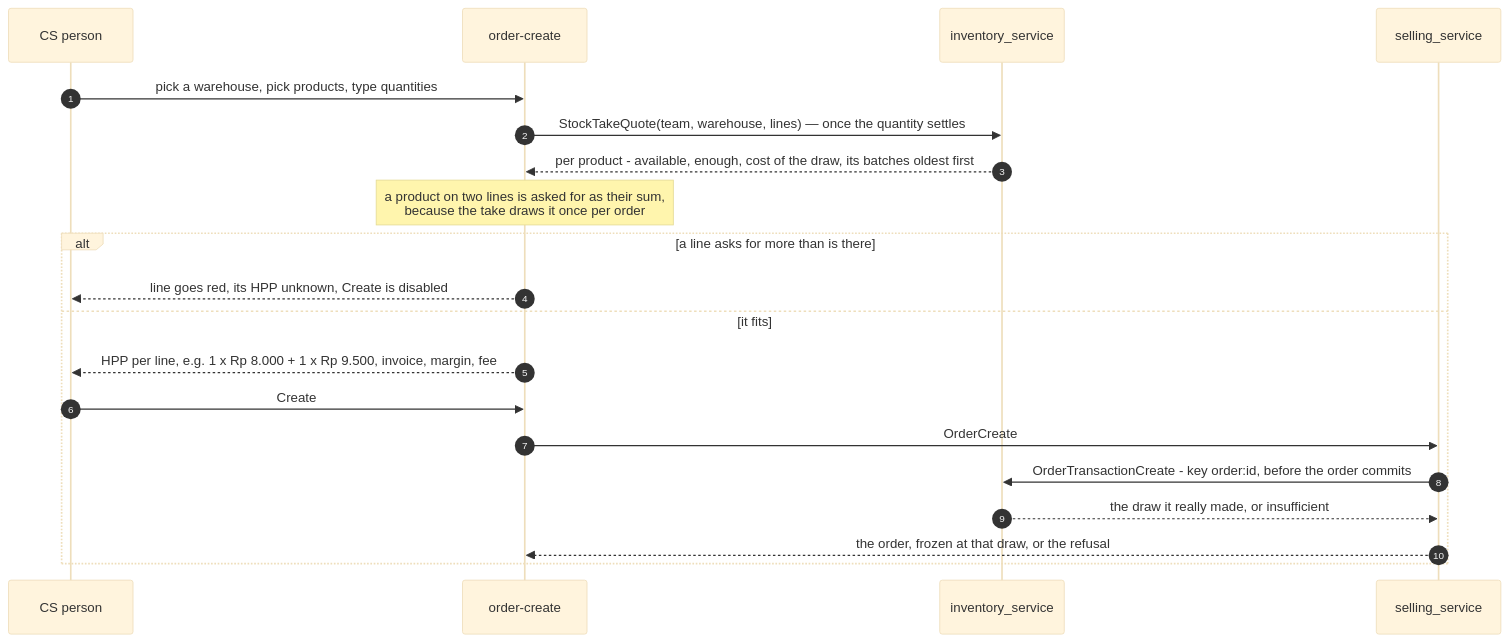
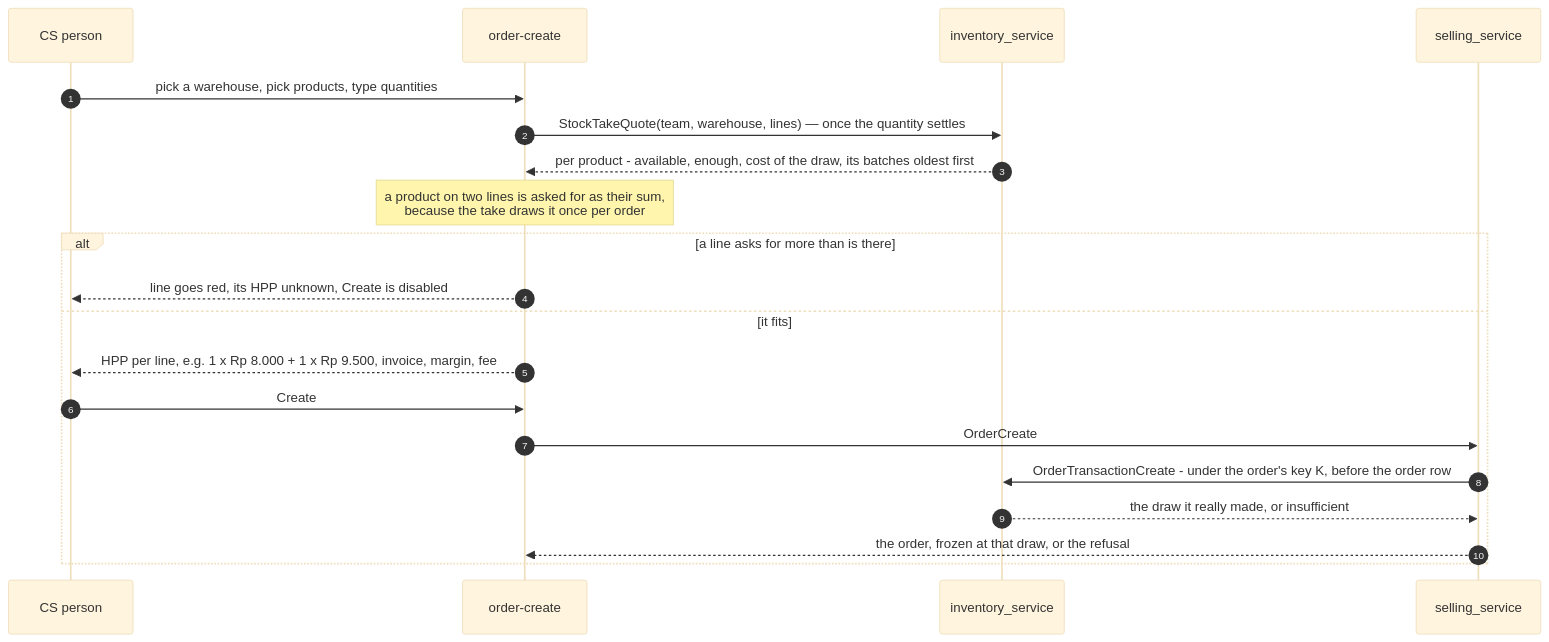
One commit to pdcgo/warehouse_revamp changed the seventh of 25 diagrams in docs/services/selling_service/rpc.md. Above: the diagram before and after it, drawn with Mermaid (base theme). The commit also changed other lines of this file and 124 other files, not shown here.

````diff
--- a/docs/services/selling_service/rpc.md
+++ b/docs/services/selling_service/rpc.md
@@ -270,23 +308,23 @@
 ```mermaid
 sequenceDiagram
     autonumber
     participant CS as CS person
     participant UI as order-create
     participant INV as inventory_service
     participant SELL as selling_service
 
     CS->>UI: pick a warehouse, pick products, type quantities
     UI->>INV: StockTakeQuote(team, warehouse, lines) — once the quantity settles
     INV-->>UI: per product - available, enough, cost of the draw, its batches oldest first
     Note over UI: a product on two lines is asked for as their sum,<br/>because the take draws it once per order
     alt a line asks for more than is there
         UI-->>CS: line goes red, its HPP unknown, Create is disabled
     else it fits
         UI-->>CS: HPP per line, e.g. 1 x Rp 8.000 + 1 x Rp 9.500, invoice, margin, fee
         CS->>UI: Create
         UI->>SELL: OrderCreate
-        SELL->>INV: OrderTransactionCreate - key order:id, before the order commits
+        SELL->>INV: OrderTransactionCreate - under the order's key K, before the order row
         INV-->>SELL: the draw it really made, or insufficient
         SELL-->>UI: the order, frozen at that draw, or the refusal
     end
 ```
````
